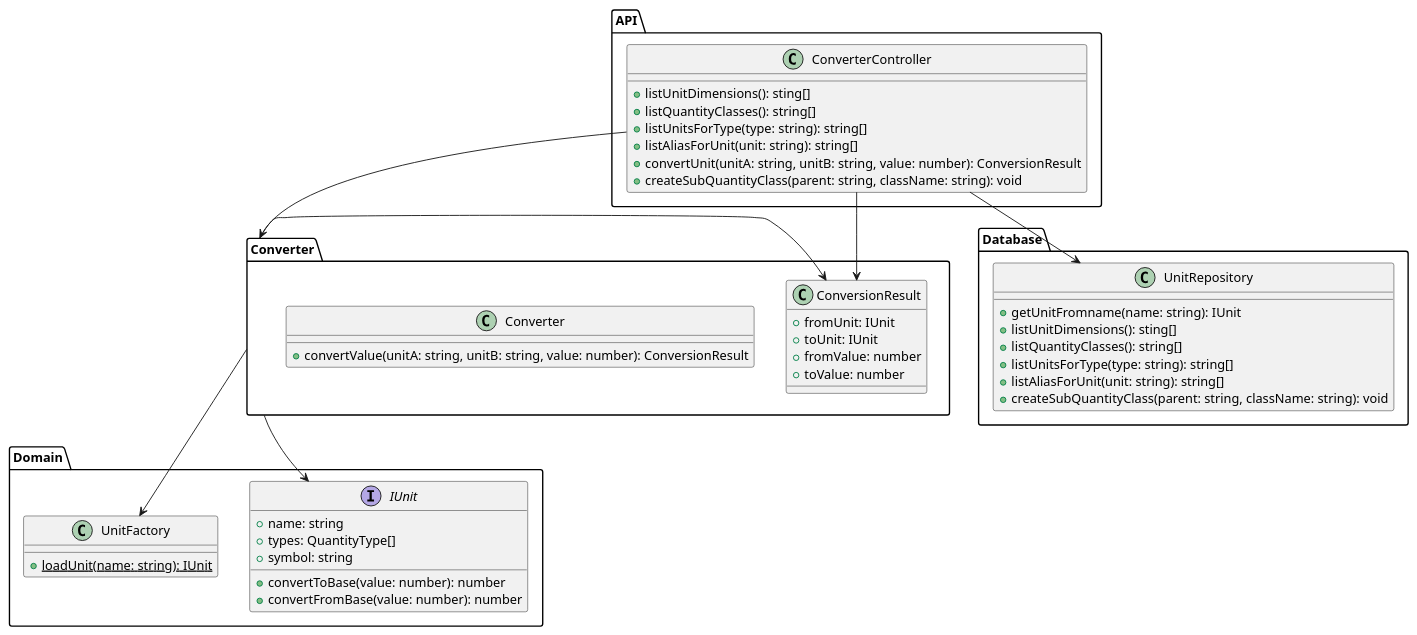
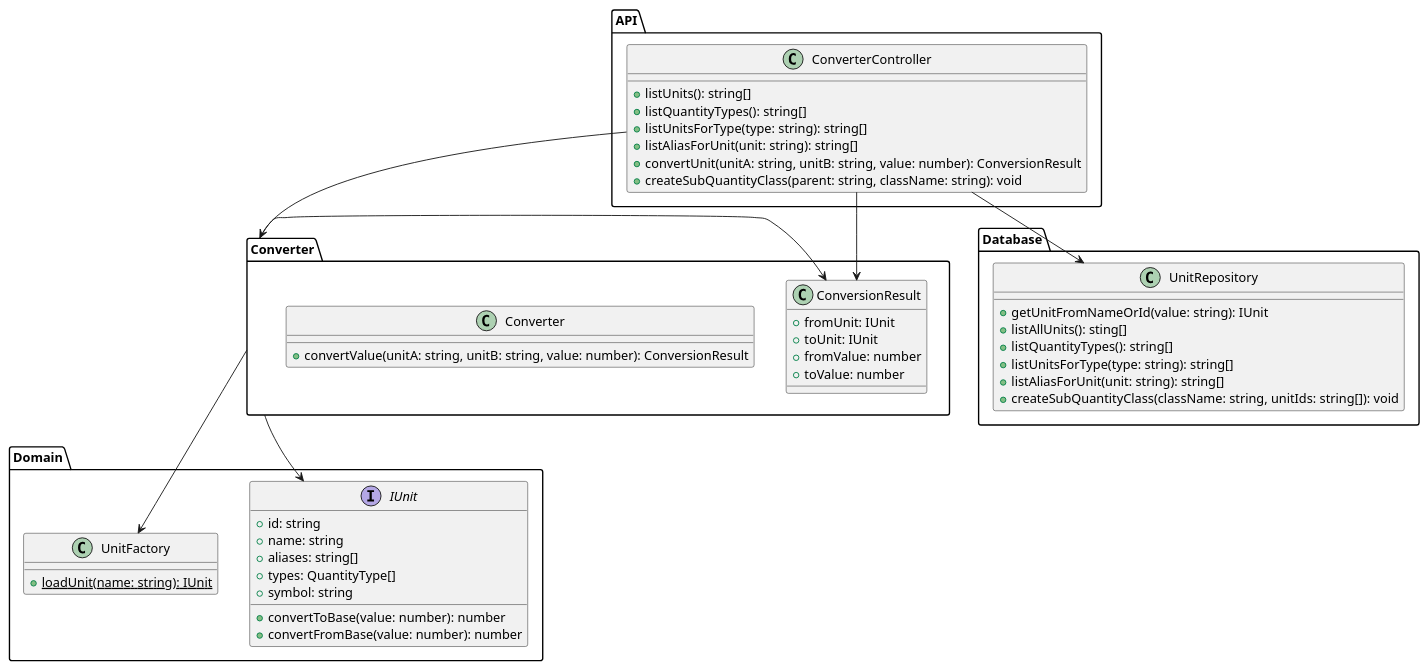
The diagram in docs/uml-class-overview.plantuml (heig-vkaelin/ikt300-project), drawn with PlantUML before and after one commit. The commit also changed 1 other file, not shown here.

Commit message:
docs: update class diagrams

```diff
--- a/docs/uml-class-overview.plantuml
+++ b/docs/uml-class-overview.plantuml
@@ -1,58 +1,60 @@
 @startuml uml-class-converter
 
 package "API" {
   class ConverterController {
-    + listUnitDimensions(): sting[]
-    + listQuantityClasses(): string[]
+    + listUnits(): string[]
+    + listQuantityTypes(): string[]
     + listUnitsForType(type: string): string[]
     + listAliasForUnit(unit: string): string[]
     + convertUnit(unitA: string, unitB: string, value: number): ConversionResult
     + createSubQuantityClass(parent: string, className: string): void
   }
 }
 
 package "Converter" {
   class Converter {
     + convertValue(unitA: string, unitB: string, value: number): ConversionResult
   }
 
   class ConversionResult {
     + fromUnit: IUnit
     + toUnit: IUnit
     + fromValue: number
     + toValue: number
   }
 }
 
 package "Domain" {
   interface IUnit {
+    + id: string
     + name: string
+    + aliases: string[]
     + types: QuantityType[]
     + symbol: string
     + convertToBase(value: number): number
     + convertFromBase(value: number): number
   }
   class UnitFactory {
     + {static} loadUnit(name: string): IUnit
   }
 }
 
 package "Database" {
   class UnitRepository {
-    + getUnitFromname(name: string): IUnit
-    + listUnitDimensions(): sting[]
-    + listQuantityClasses(): string[]
+    + getUnitFromNameOrId(value: string): IUnit
+    + listAllUnits(): sting[]
+    + listQuantityTypes(): string[]
     + listUnitsForType(type: string): string[]
     + listAliasForUnit(unit: string): string[]
-    + createSubQuantityClass(parent: string, className: string): void
+    + createSubQuantityClass(className: string, unitIds: string[]): void
   }
 }
 
 ConverterController --> Converter
 ConverterController --> ConversionResult
 ConverterController --> UnitRepository
 Converter -LEFT-> ConversionResult
 Converter --> IUnit
 Converter --> UnitFactory
 
 @enduml
```
